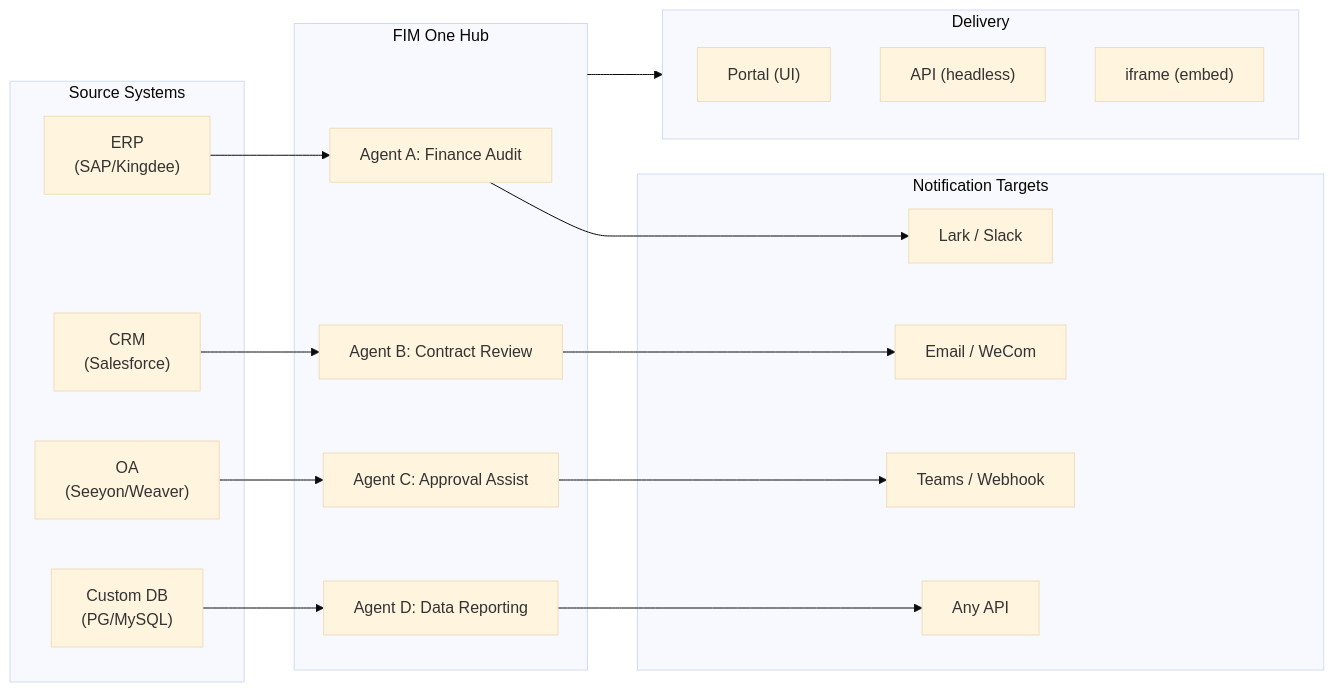
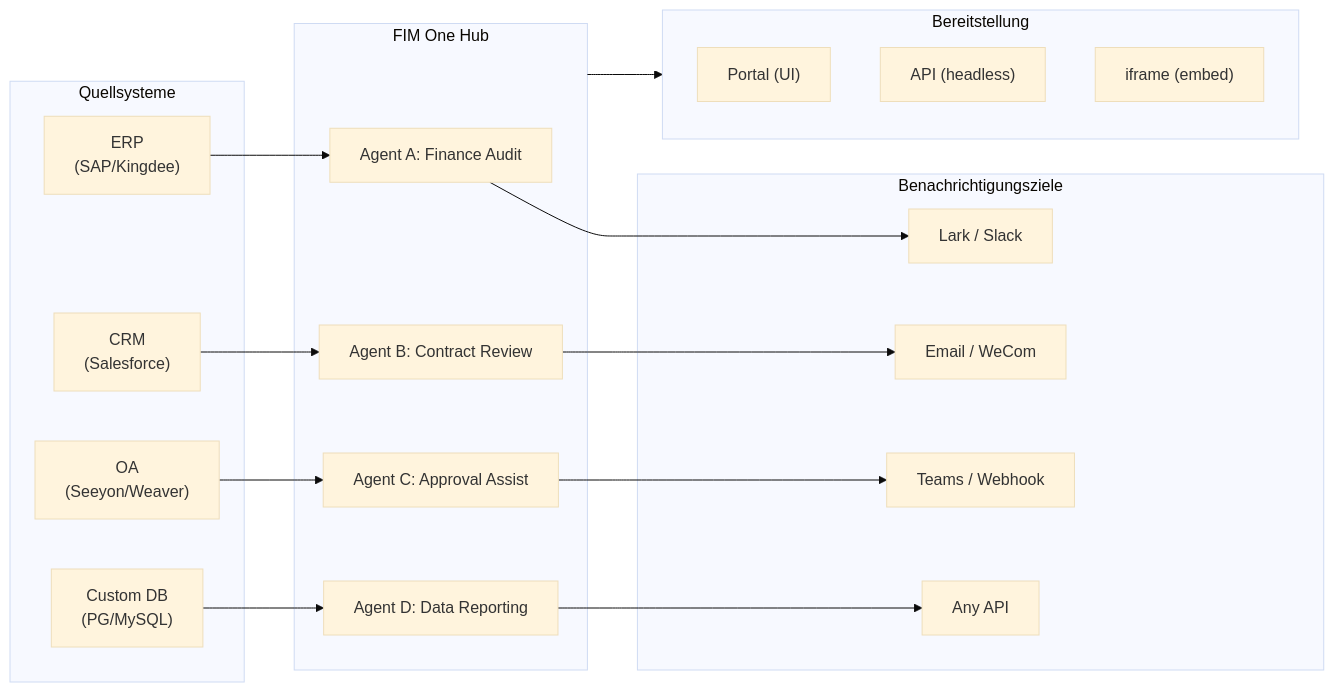
The diagram in docs/de/roadmap.mdx (lucky20160622/fim-one), drawn with Mermaid (base theme) before and after one commit. The commit also changed other lines of this file and 141 other files, not shown here.

````diff
--- a/docs/de/roadmap.mdx
+++ b/docs/de/roadmap.mdx
@@ -20,35 +22,35 @@
 ```mermaid
 flowchart LR
-  subgraph Sources["Source Systems"]
+  subgraph Sources["Quellsysteme"]
     ERP["ERP<br/>(SAP/Kingdee)"]
     CRM["CRM<br/>(Salesforce)"]
     OA["OA<br/>(Seeyon/Weaver)"]
     DB["Custom DB<br/>(PG/MySQL)"]
   end
 
   subgraph Hub["FIM One Hub"]
     A["Agent A: Finance Audit"]
     B["Agent B: Contract Review"]
     C["Agent C: Approval Assist"]
     D["Agent D: Data Reporting"]
   end
 
-  subgraph Targets["Notification Targets"]
+  subgraph Targets["Benachrichtigungsziele"]
     T1["Lark / Slack"]
     T2["Email / WeCom"]
     T3["Teams / Webhook"]
     T4["Any API"]
   end
 
-  subgraph Delivery["Delivery"]
+  subgraph Delivery["Bereitstellung"]
     Portal["Portal (UI)"]
     API["API (headless)"]
     Embed["iframe (embed)"]
   end
 
   ERP --> A --> T1
   CRM --> B --> T2
   OA --> C --> T3
   DB --> D --> T4
   Hub --> Delivery
 ```
````
